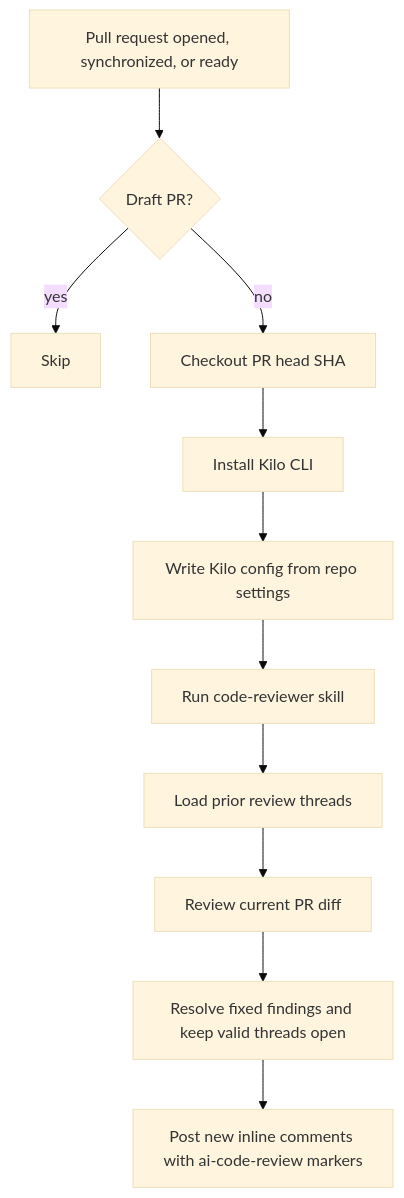
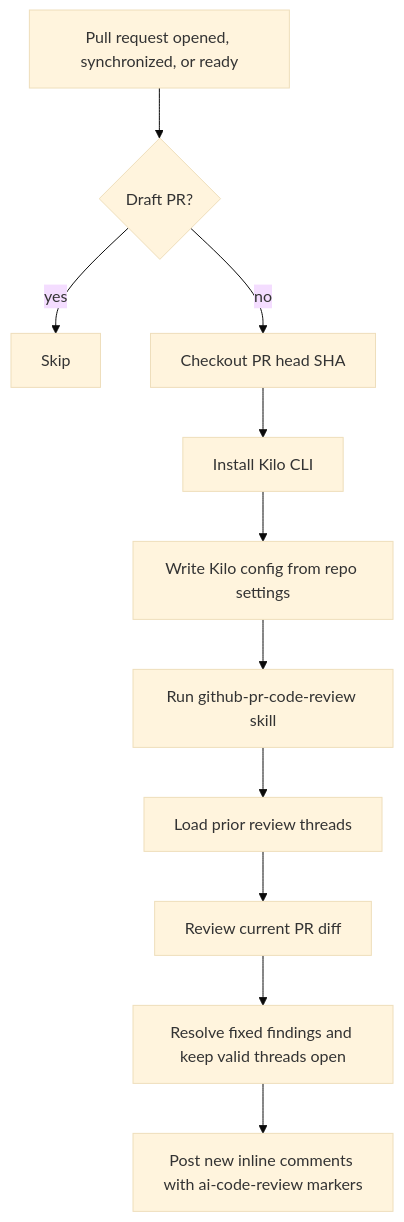
The diagram in README.md (uselemma/code-reviewer), drawn with Mermaid (base theme) before and after one commit. The commit also changed other lines of this file and 2 other files, not shown here.

Commit message:
Move PR review orchestration into skill

````diff
--- a/README.md
+++ b/README.md
@@ -15,13 +16,13 @@
 ```mermaid
 flowchart TD
   prEvent["Pull request opened, synchronized, or ready"] --> draftCheck{"Draft PR?"}
   draftCheck -->|yes| skipReview["Skip"]
   draftCheck -->|no| checkout["Checkout PR head SHA"]
   checkout --> installKilo["Install Kilo CLI"]
   installKilo --> buildConfig["Write Kilo config from repo settings"]
-  buildConfig --> runSkill["Run code-reviewer skill"]
+  buildConfig --> runSkill["Run github-pr-code-review skill"]
   runSkill --> loadThreads["Load prior review threads"]
   loadThreads --> reviewDiff["Review current PR diff"]
   reviewDiff --> reconcile["Resolve fixed findings and keep valid threads open"]
   reconcile --> postComments["Post new inline comments with ai-code-review markers"]
 ```
````
